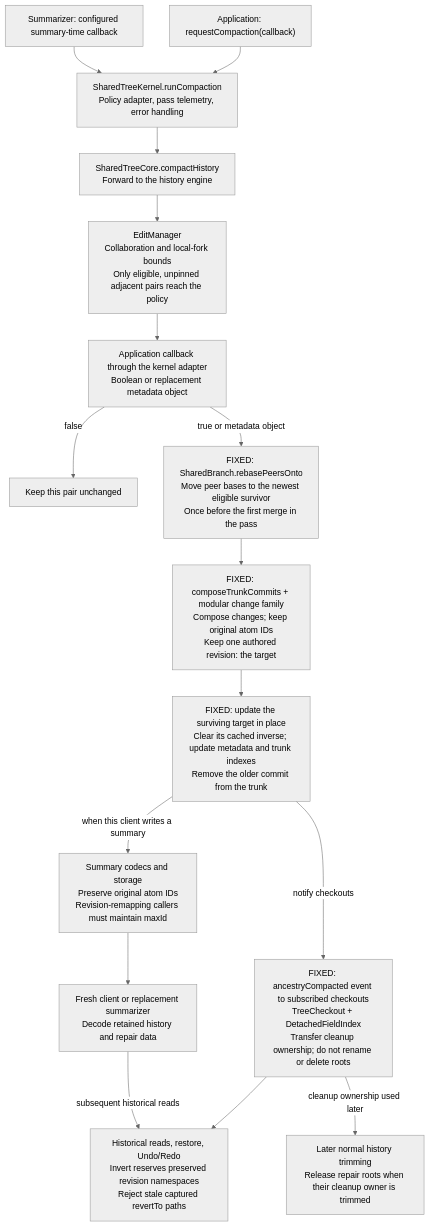
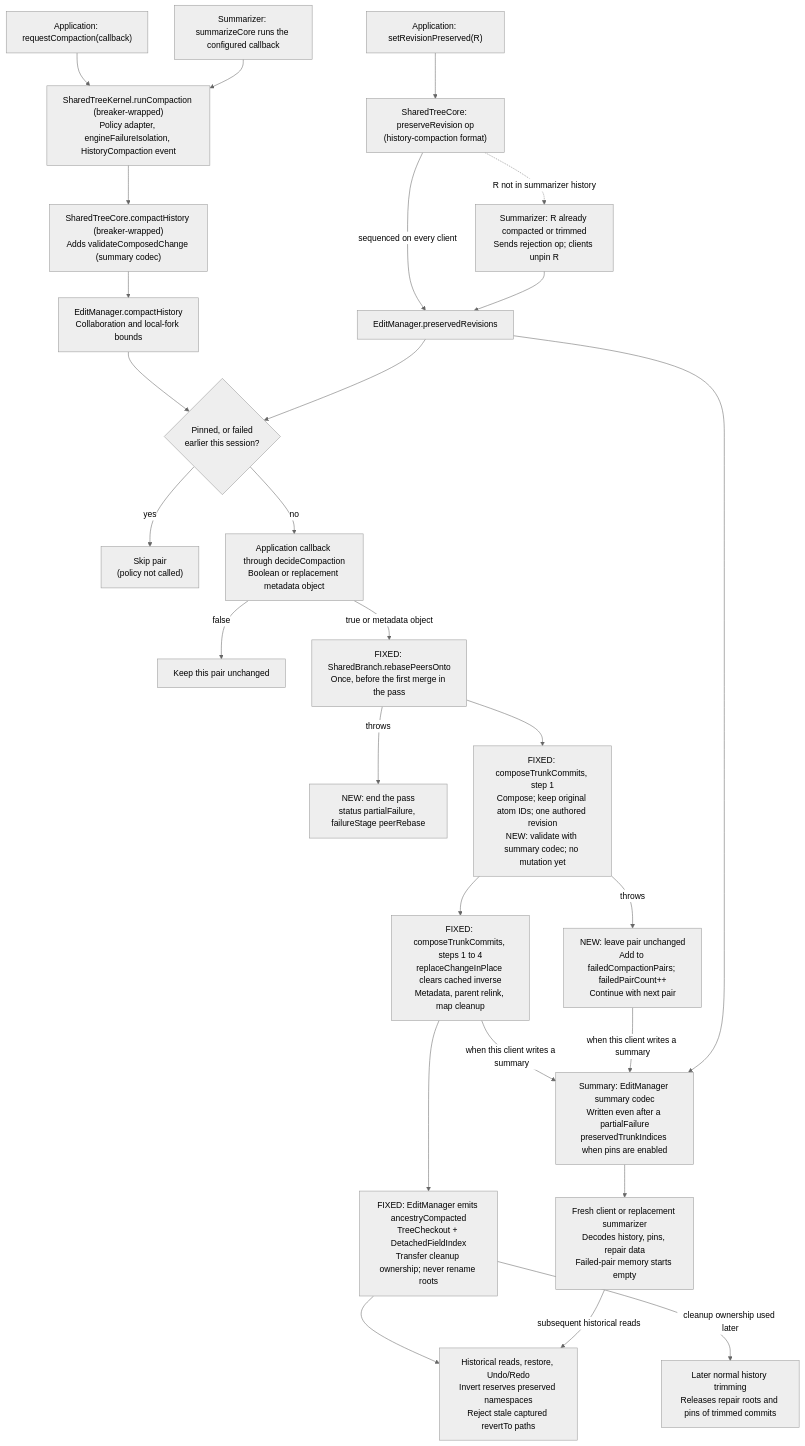
Before and after one commit to microsoft/FluidFramework: the diagram in packages/dds/tree/docs/history-compaction/DEV.md, drawn with Mermaid (neutral theme). The commit also changed other lines of this file and 10 other files, not shown here.

First line of the commit message:
fix(tree): isolate history compaction failures and document regressions

````diff
--- a/packages/dds/tree/docs/history-compaction/DEV.md
+++ b/packages/dds/tree/docs/history-compaction/DEV.md
@@ -771,31 +684,51 @@
 ```mermaid
 flowchart TD
     manual["Application: requestCompaction(callback)"]
-    summary["Summarizer: configured summary-time callback"]
-    kernel["SharedTreeKernel.runCompaction<br/>Policy adapter, pass telemetry, error handling"]
-    core["SharedTreeCore.compactHistory<br/>Forward to the history engine"]
-    bounds["EditManager<br/>Collaboration and local-fork bounds<br/>Only eligible, unpinned adjacent pairs reach the policy"]
-    policy["Application callback through the kernel adapter<br/>Boolean or replacement metadata object"]
+    summary["Summarizer: summarizeCore runs the configured callback"]
+    kernel["SharedTreeKernel.runCompaction (breaker-wrapped)<br/>Policy adapter, engineFailureIsolation, HistoryCompaction event"]
+    core["SharedTreeCore.compactHistory (breaker-wrapped)<br/>Adds validateComposedChange (summary codec)"]
+    bounds["EditManager.compactHistory<br/>Collaboration and local-fork bounds"]
+    pinned{"Pinned, or failed<br/>earlier this session?"}
+    skip["Skip pair<br/>(policy not called)"]
+    policy["Application callback through decideCompaction<br/>Boolean or replacement metadata object"]
     keep["Keep this pair unchanged"]
-    peers["FIXED: SharedBranch.rebasePeersOnto<br/>Move peer bases to the newest eligible survivor<br/>Once before the first merge in the pass"]
-    compose["FIXED: composeTrunkCommits + modular change family<br/>Compose changes; keep original atom IDs<br/>Keep one authored revision: the target"]
-    trunk["FIXED: update the surviving target in place<br/>Clear its cached inverse; update metadata and trunk indexes<br/>Remove the older commit from the trunk"]
-    repair["FIXED: ancestryCompacted event to subscribed checkouts<br/>TreeCheckout + DetachedFieldIndex<br/>Transfer cleanup ownership; do not rename or delete roots"]
-    reads["Historical reads, restore, Undo/Redo<br/>Invert reserves preserved revision namespaces<br/>Reject stale captured revertTo paths"]
-    trim["Later normal history trimming<br/>Release repair roots when their cleanup owner is trimmed"]
-    persist["Summary codecs and storage<br/>Preserve original atom IDs<br/>Revision-remapping callers must maintain maxId"]
-    load["Fresh client or replacement summarizer<br/>Decode retained history and repair data"]
+    peers["FIXED: SharedBranch.rebasePeersOnto<br/>Once, before the first merge in the pass"]
+    peerFail["NEW: end the pass<br/>status partialFailure, failureStage peerRebase"]
+    compose["FIXED: composeTrunkCommits, step 1<br/>Compose; keep original atom IDs; one authored revision<br/>NEW: validate with summary codec; no mutation yet"]
+    pairFail["NEW: leave pair unchanged<br/>Add to failedCompactionPairs; failedPairCount++<br/>Continue with next pair"]
+    trunk["FIXED: composeTrunkCommits, steps 1 to 4<br/>replaceChangeInPlace clears cached inverse<br/>Metadata, parent relink, map cleanup"]
+    repair["FIXED: EditManager emits ancestryCompacted<br/>TreeCheckout + DetachedFieldIndex<br/>Transfer cleanup ownership; never rename roots"]
+    reads["Historical reads, restore, Undo/Redo<br/>Invert reserves preserved namespaces<br/>Reject stale captured revertTo paths"]
+    trim["Later normal history trimming<br/>Releases repair roots and pins of trimmed commits"]
+    persist["Summary: EditManager summary codec<br/>Written even after a partialFailure<br/>preservedTrunkIndices when pins are enabled"]
+    load["Fresh client or replacement summarizer<br/>Decodes history, pins, repair data<br/>Failed-pair memory starts empty"]
+
+    pinApi["Application: setRevisionPreserved(R)"]
+    pinOp["SharedTreeCore: preserveRevision op<br/>(history-compaction format)"]
+    pinSet["EditManager.preservedRevisions"]
+    reject["Summarizer: R already compacted or trimmed<br/>Sends rejection op; clients unpin R"]
 
     manual --> kernel
     summary --> kernel
-    kernel --> core --> bounds --> policy
+    kernel --> core --> bounds --> pinned
+    pinned -->|yes| skip
+    pinned -->|no| policy
     policy -->|false| keep
     policy -->|true or metadata object| peers
-    peers --> compose --> trunk
-    trunk -->|notify checkouts| repair
+    peers -->|throws| peerFail
+    peers --> compose
+    compose -->|throws| pairFail
+    compose --> trunk --> repair
     repair --> reads
     repair -->|cleanup ownership used later| trim
     trunk -->|when this client writes a summary| persist
+    pairFail -->|when this client writes a summary| persist
     persist --> load
     load -->|subsequent historical reads| reads
+
+    pinApi --> pinOp -->|sequenced on every client| pinSet
+    pinSet --> pinned
+    pinSet --> persist
+    pinOp -.->|R not in summarizer history| reject
+    reject --> pinSet
 ```
````
